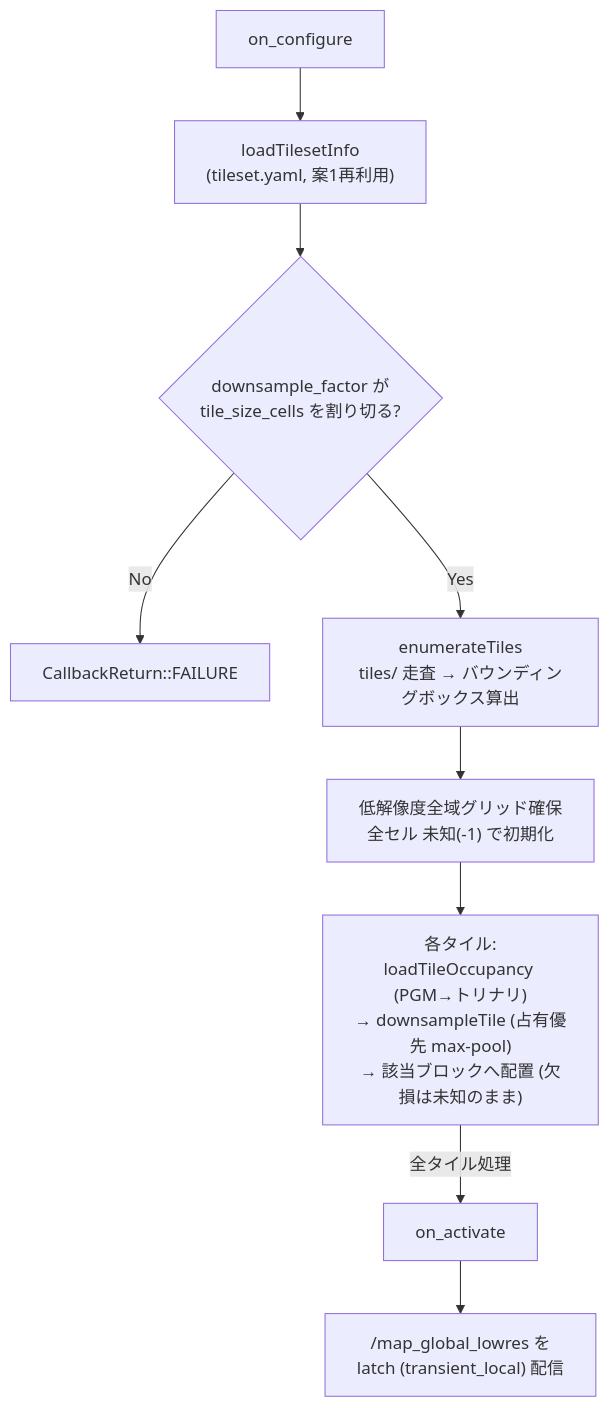
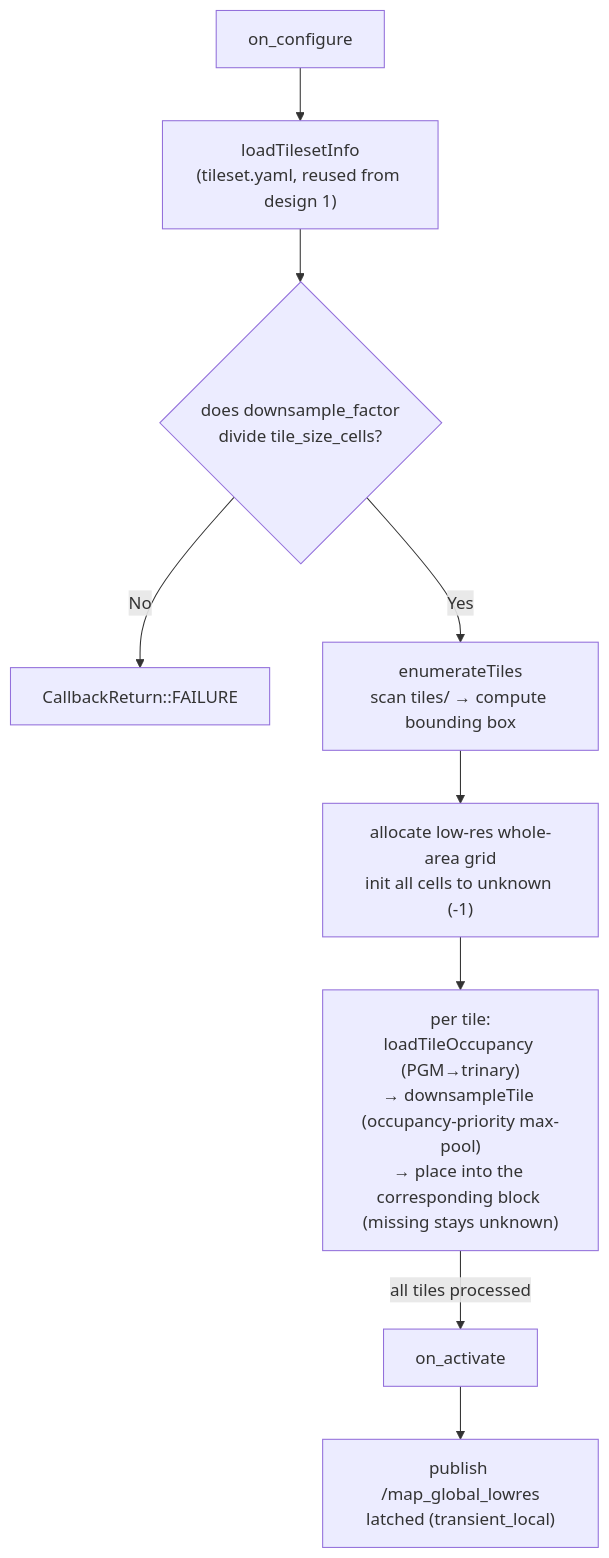
The second of 2 diagrams in hierarchical_map_server/README.md (atinfinity/hierarchical_map_server), drawn with Mermaid before and after one commit. The commit also changed other lines of this file and 13 other files, not shown here.

````diff
--- a/hierarchical_map_server/README.md
+++ b/hierarchical_map_server/README.md
@@ -66,11 +72,11 @@
 ```mermaid
 flowchart TB
-    A["on_configure"] --> B["loadTilesetInfo<br/>(tileset.yaml, 案1再利用)"]
-    B --> C{"downsample_factor が<br/>tile_size_cells を割り切る?"}
+    A["on_configure"] --> B["loadTilesetInfo<br/>(tileset.yaml, reused from design 1)"]
+    B --> C{"does downsample_factor<br/>divide tile_size_cells?"}
     C -->|No| FAIL["CallbackReturn::FAILURE"]
-    C -->|Yes| D["enumerateTiles<br/>tiles/ 走査 → バウンディングボックス算出"]
-    D --> E["低解像度全域グリッド確保<br/>全セル 未知(-1) で初期化"]
-    E --> F["各タイル:<br/>loadTileOccupancy (PGM→トリナリ)<br/>→ downsampleTile (占有優先 max-pool)<br/>→ 該当ブロックへ配置 (欠損は未知のまま)"]
-    F -->|"全タイル処理"| G["on_activate"]
-    G --> H["/map_global_lowres を<br/>latch (transient_local) 配信"]
+    C -->|Yes| D["enumerateTiles<br/>scan tiles/ → compute bounding box"]
+    D --> E["allocate low-res whole-area grid<br/>init all cells to unknown (-1)"]
+    E --> F["per tile:<br/>loadTileOccupancy (PGM→trinary)<br/>→ downsampleTile (occupancy-priority max-pool)<br/>→ place into the corresponding block (missing stays unknown)"]
+    F -->|"all tiles processed"| G["on_activate"]
+    G --> H["publish /map_global_lowres<br/>latched (transient_local)"]
 ```
````
